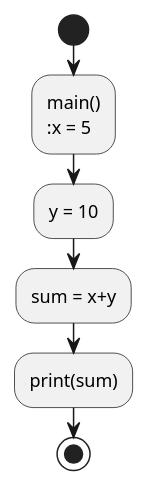
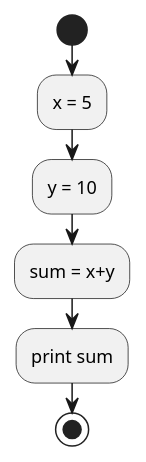
The diagram in output/simple.puml (anastasijakopic/KK-projekat), drawn with PlantUML before and after one commit. The commit also changed 44 other files, not shown here.

```diff
--- a/output/simple.puml
+++ b/output/simple.puml
@@ -1,9 +1,8 @@
 @startuml
 start
-:main()
 :x = 5;
 :y = 10;
 :sum = x+y;
-:print(sum);
+:print sum;
 stop
 @enduml
```
